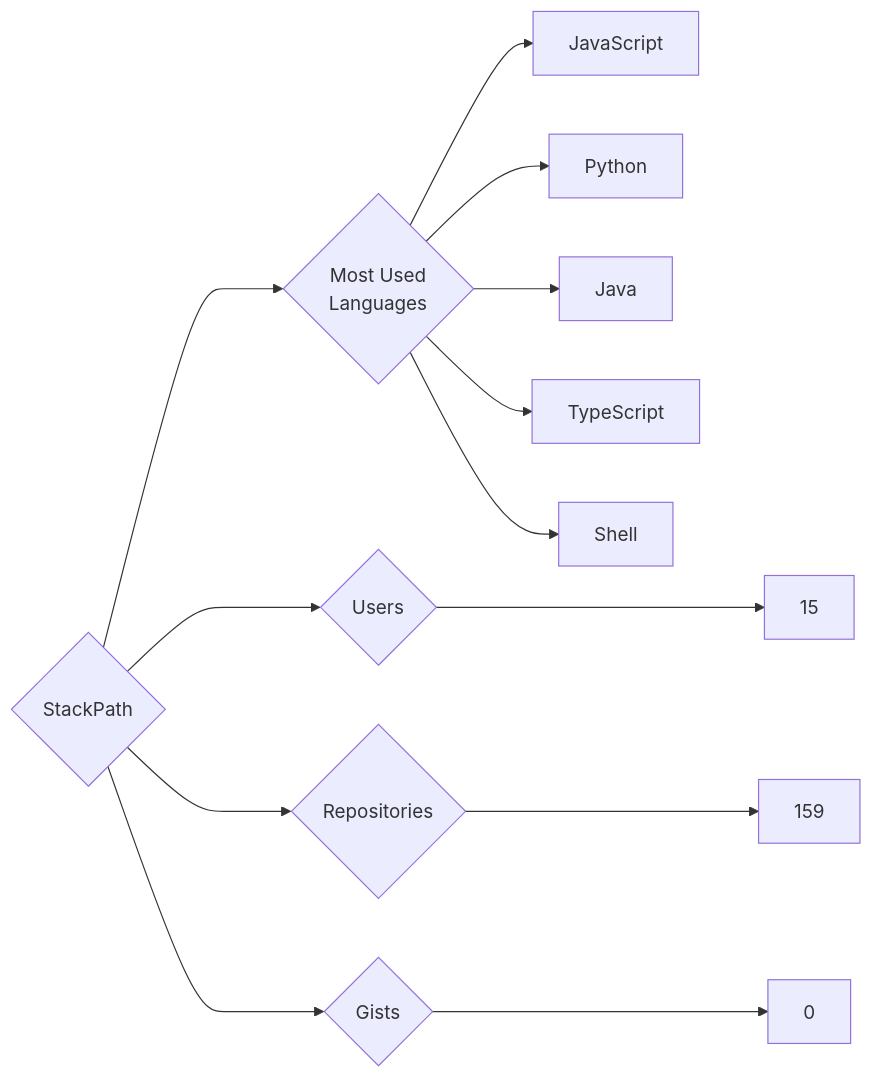
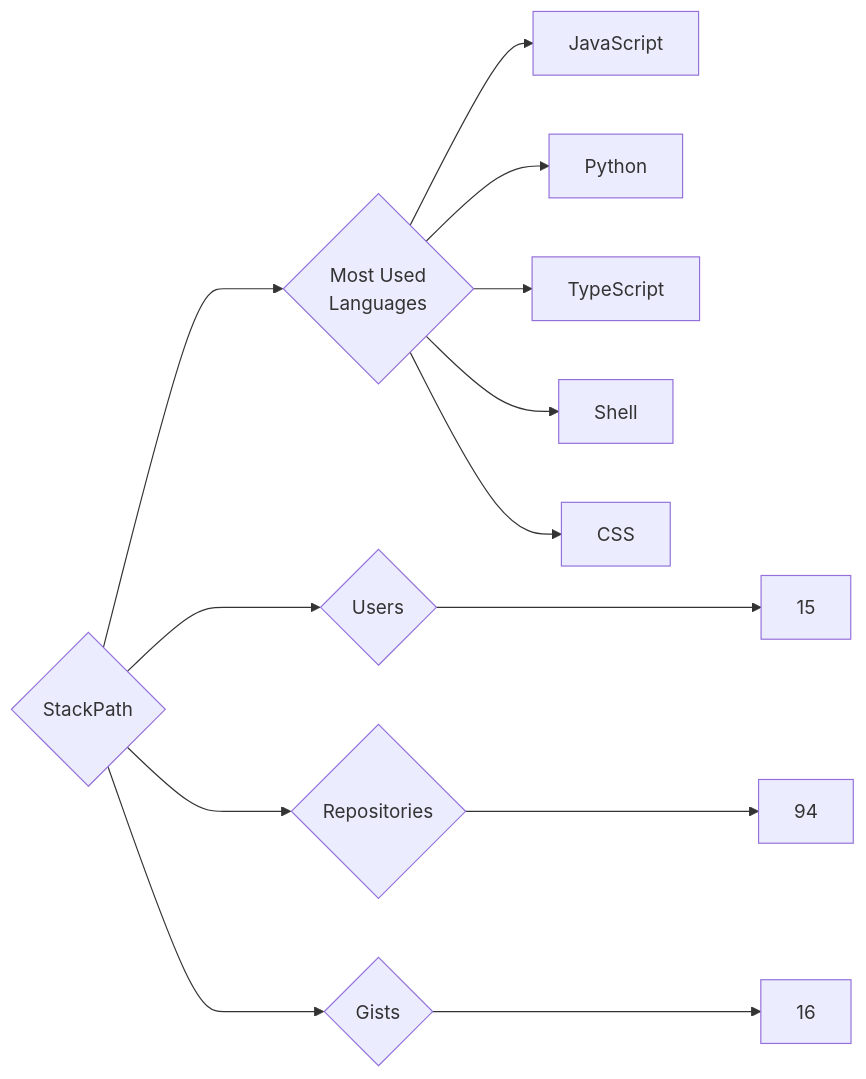
One commit to trickest/insiders changed the diagram in targets/StackPath/README.md. Above: the diagram before and after it, drawn with Mermaid. The commit also changed 997 other files, not shown here.

````diff
--- a/targets/StackPath/README.md
+++ b/targets/StackPath/README.md
@@ -3,13 +3,13 @@
 ```mermaid
 graph LR
 COMPANY_NAME{StackPath}
 COMPANY_NAME ---> U{Users} ---> UN[15]
-COMPANY_NAME ---> R{Repositories} ---> RN[159]
-COMPANY_NAME ---> G{Gists} ---> GN[0]
+COMPANY_NAME ---> R{Repositories} ---> RN[94]
+COMPANY_NAME ---> G{Gists} ---> GN[16]
 COMPANY_NAME ---> ML{Most Used<br>Languages}
-ML --> JavaScript
-ML --> Python
-ML --> Java
-ML --> TypeScript
-ML --> Shell
+ML --> JavaScript[JavaScript]
+ML --> Python[Python]
+ML --> TypeScript[TypeScript]
+ML --> Shell[Shell]
+ML --> CSS[CSS]
 ```
````
